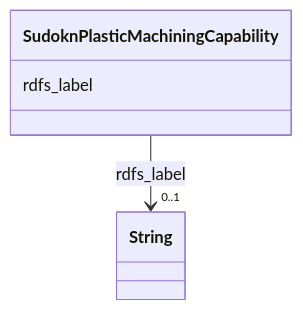
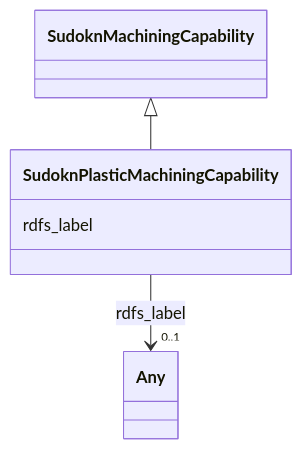
One commit to frink-okn/graph-descriptions changed the diagram in sudokn-kg/classes/SudoknPlasticMachiningCapability.md. Above: the diagram before and after it, drawn with Mermaid. The commit also changed other lines of this file and 903 other files, not shown here.

````diff
--- a/sudokn-kg/classes/SudoknPlasticMachiningCapability.md
+++ b/sudokn-kg/classes/SudoknPlasticMachiningCapability.md
@@ -23,15 +18,18 @@
 ```mermaid
  classDiagram
     class SudoknPlasticMachiningCapability
     click SudoknPlasticMachiningCapability href "../SudoknPlasticMachiningCapability"
+      SudoknMachiningCapability <|-- SudoknPlasticMachiningCapability
+        click SudoknMachiningCapability href "../SudoknMachiningCapability"
+      
       SudoknPlasticMachiningCapability : rdfs_label
         
           
     
     
-    SudoknPlasticMachiningCapability --> "0..1" String : rdfs_label
-    click String href "../String"
+    SudoknPlasticMachiningCapability --> "0..1" Any : rdfs_label
+    click Any href "../Any"
 
         
       
 ```
````
